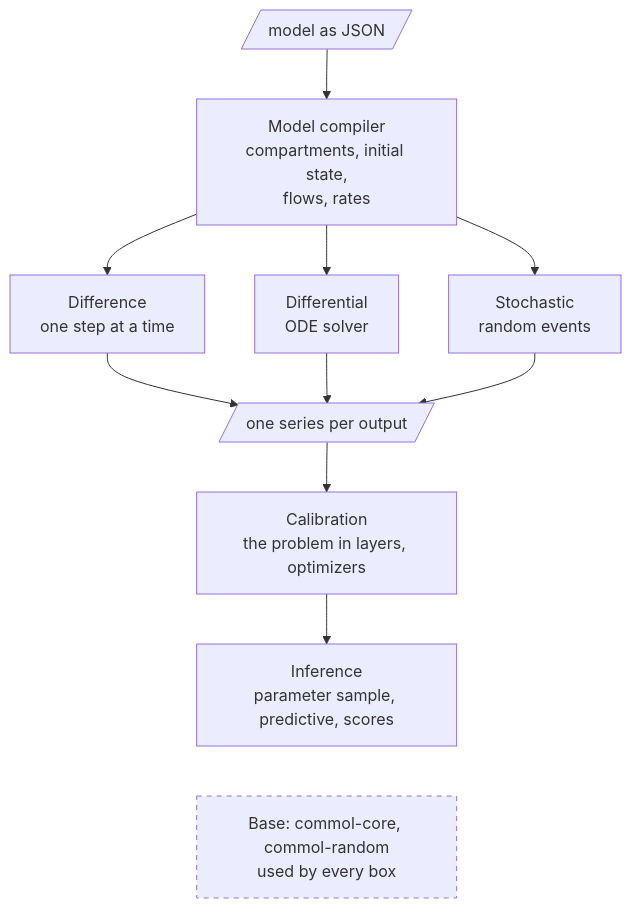
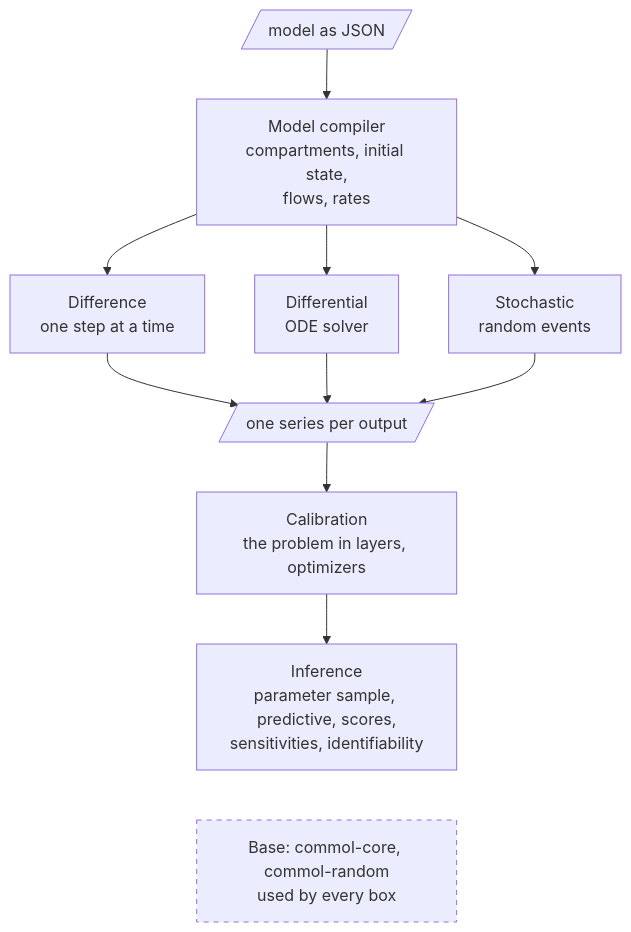
The second of 3 diagrams in docs/codebase/architecture.md (MUNQU/commol), drawn with Mermaid before and after one commit. The commit also changed other lines of this file and 19 other files, not shown here.

````diff
--- a/docs/codebase/architecture.md
+++ b/docs/codebase/architecture.md
@@ -47,20 +47,20 @@
 ```mermaid
 flowchart TB
     J[/model as JSON/]
     M["Model compiler<br/>compartments, initial state,<br/>flows, rates"]
     E1["Difference<br/>one step at a time"]
     E2["Differential<br/>ODE solver"]
     E3["Stochastic<br/>random events"]
     O[/one series per output/]
     C["Calibration<br/>the problem in layers, optimizers"]
-    I["Inference<br/>parameter sample, predictive, scores"]
+    I["Inference<br/>parameter sample, predictive, scores,<br/>sensitivities, identifiability"]
     F["Base: commol-core, commol-random<br/>used by every box"]
     J --> M
     M --> E1 & E2 & E3
     E1 & E2 & E3 --> O
     O --> C
     C --> I
     I ~~~ F
     classDef base stroke-dasharray: 5 5
     class F base
 ```
````
